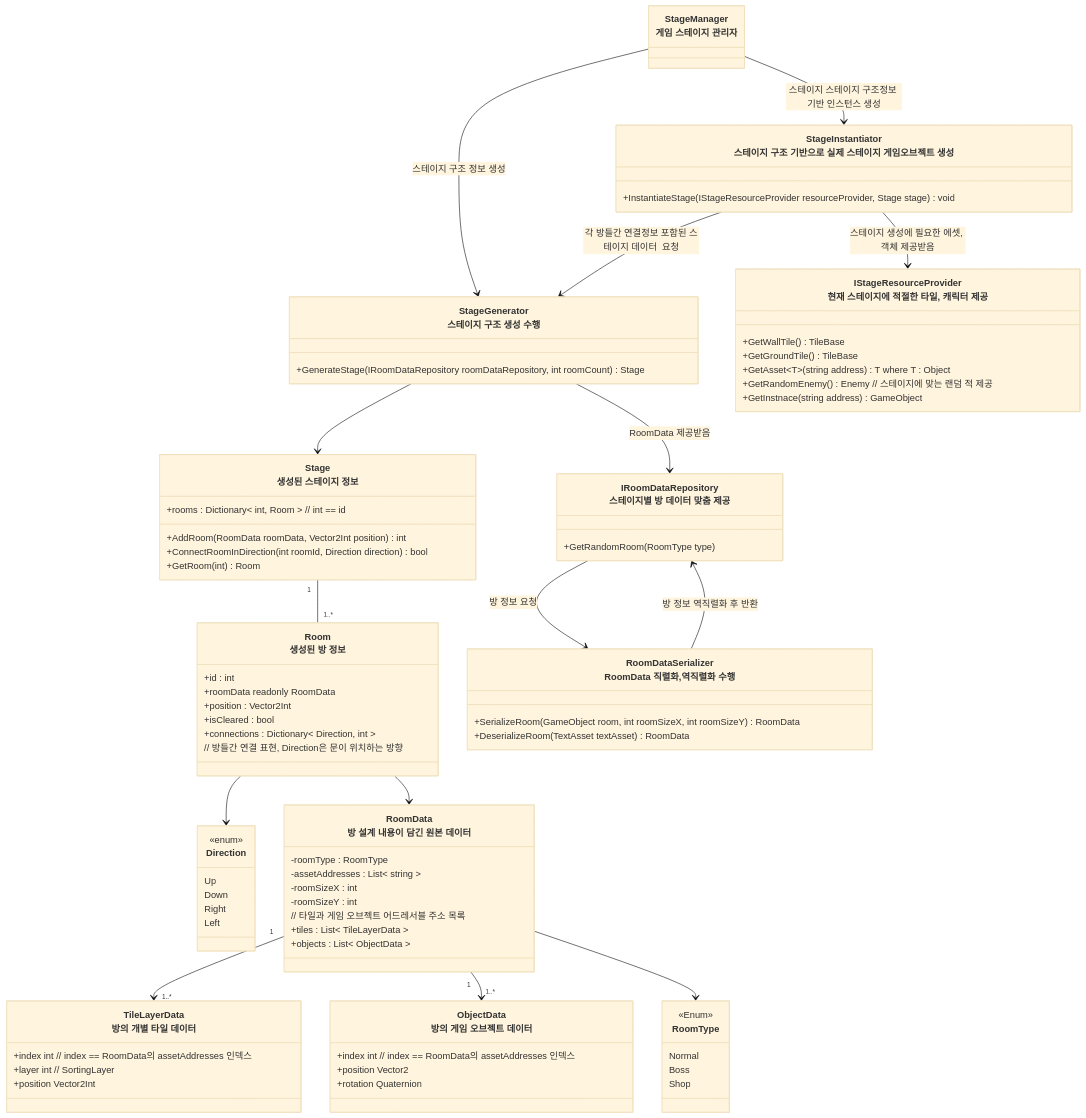
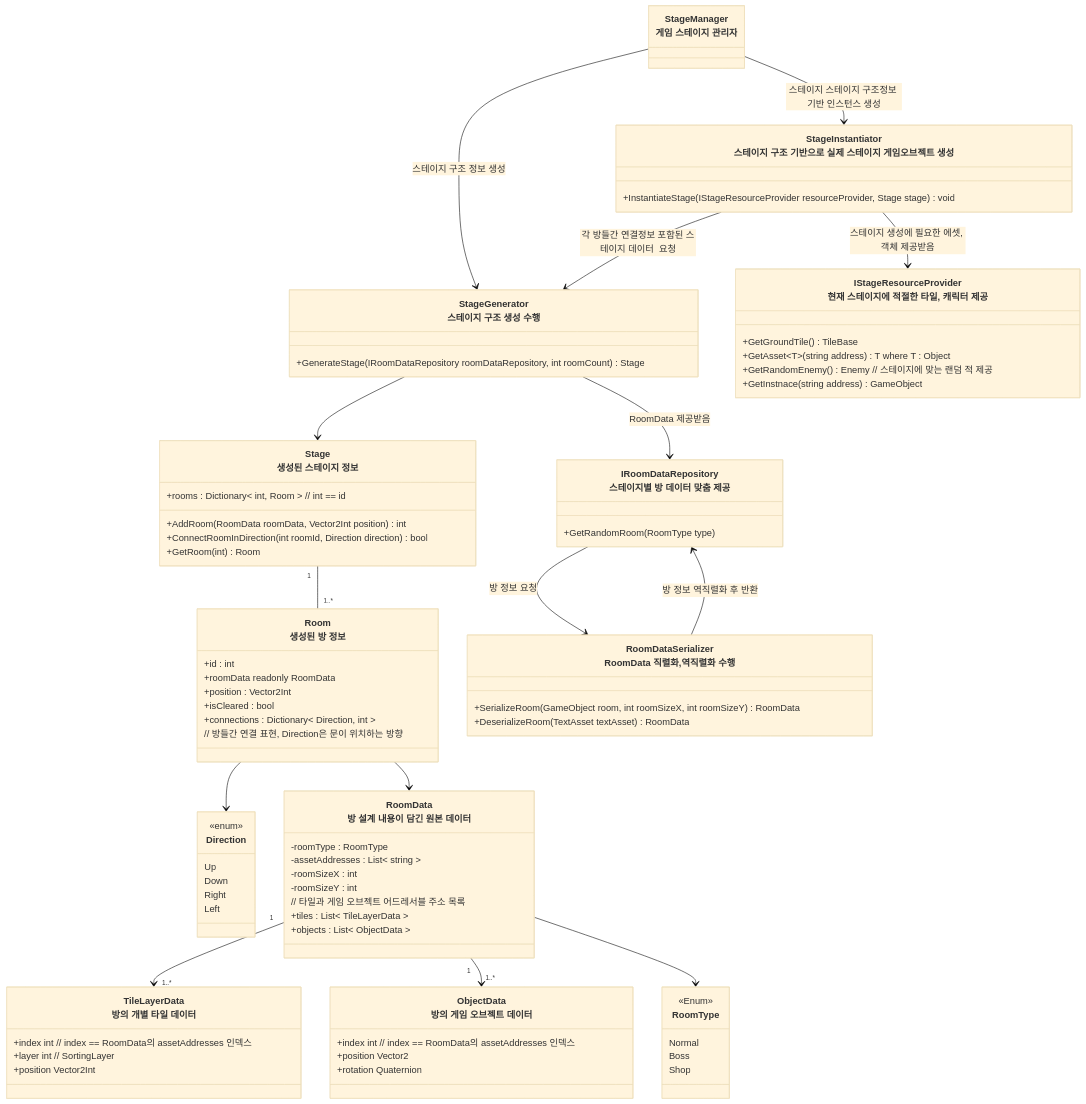
The first of 3 diagrams in Assets/_README/스테이지_설계.md (JIN5EOK/DungeonShooter), drawn with Mermaid (base theme) before and after one commit. The commit also changed other lines of this file and 9 other files, not shown here.

```diff
--- a/Assets/_README/스테이지_설계.md
+++ b/Assets/_README/스테이지_설계.md
@@ -79,7 +79,6 @@
     }
     
     class IStageResourceProvider["IStageResourceProvider<br>현재 스테이지에 적절한  타일, 캐릭터 제공"]{
-        +GetWallTile() TileBase
         +GetGroundTile() TileBase
         +GetAsset~T~(string address) T where T : Object
         +GetRandomEnemy() Enemy // 스테이지에 맞는 랜덤 적 제공
```
